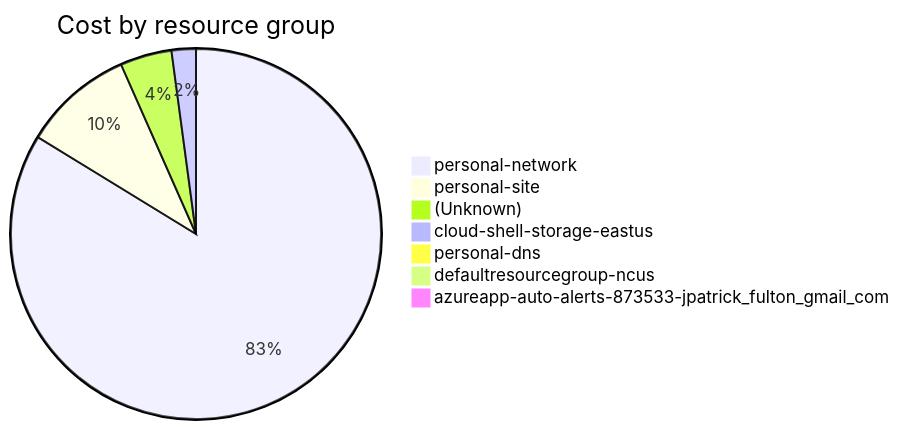
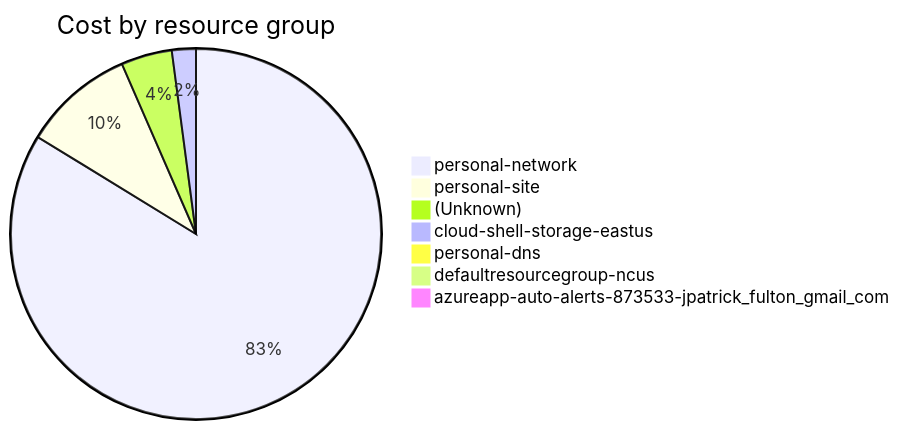
One commit to jpfulton/azure-personal-reports changed the fourth of 4 diagrams in cost-reports/accumulated-cost.md. Above: the diagram before and after it, drawn with Mermaid. The commit also changed other lines of this file and 4 other files, not shown here.

````diff
--- a/cost-reports/accumulated-cost.md
+++ b/cost-reports/accumulated-cost.md
@@ -159,11 +159,11 @@
 ```mermaid
 pie
    title Cost by resource group
-   "personal-network" : 222.63
-   "personal-site" : 25.61
-   "(Unknown)" : 11.97
-   "cloud-shell-storage-eastus" : 5.64
-   "personal-dns" : 0.82
+   "personal-network" : 226.06
+   "personal-site" : 26.21
+   "(Unknown)" : 12.00
+   "cloud-shell-storage-eastus" : 5.65
+   "personal-dns" : 0.85
    "defaultresourcegroup-ncus" : 0.00
    "azureapp-auto-alerts-873533-jpatrick_fulton_gmail_com" : 0.00
 ```
````
